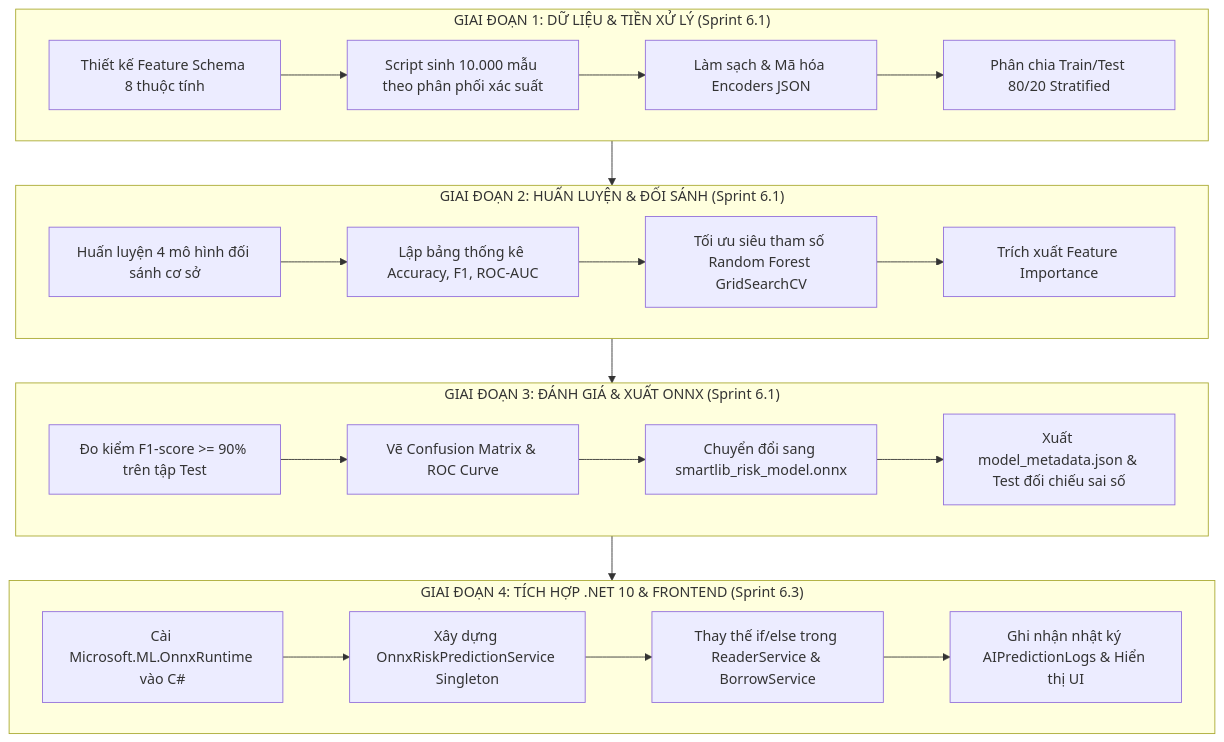
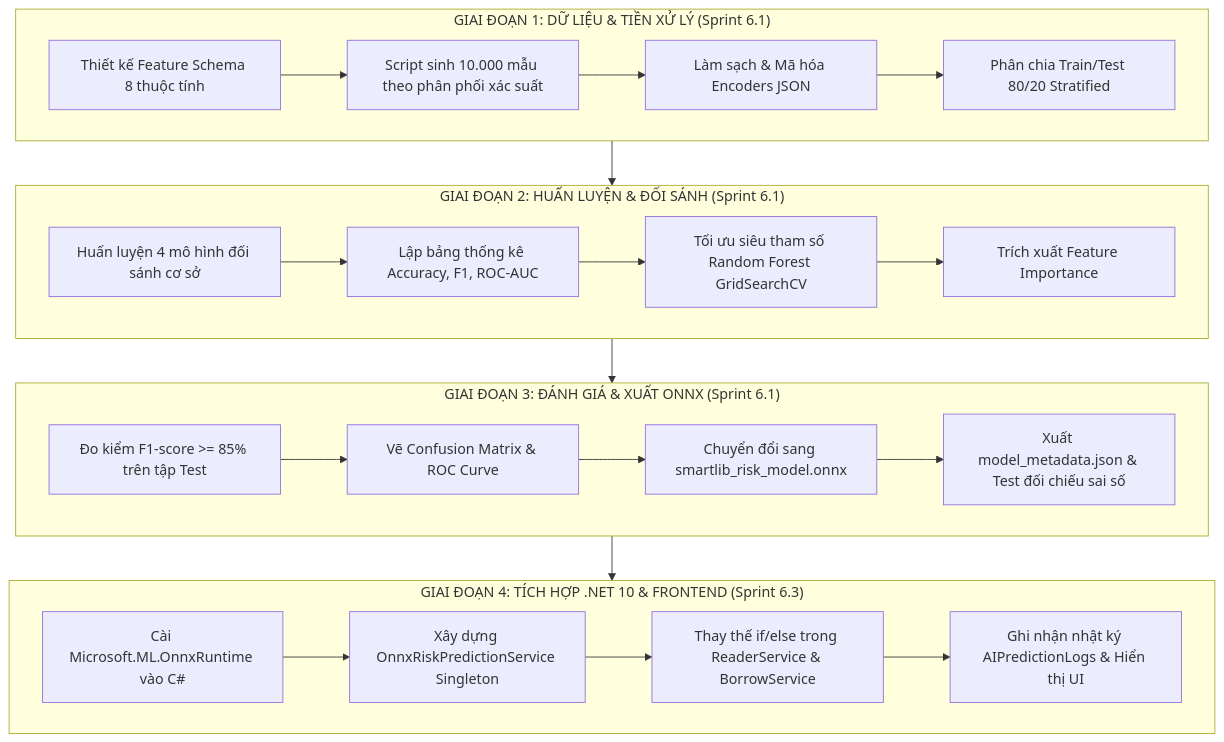
One commit to KhoaSuyThan/LV23-088-Library-Revenue-AI changed the diagram in docs/AI_DEVELOPMENT_PLAN.md. Above: the diagram before and after it, drawn with Mermaid. The commit also changed other lines of this file and 8 other files, not shown here.

Commit message:
L0LRA-87 Kiểm thử đánh giá toàn diện mô hình Random Forest và tối ưu ngưỡng xác suất F1-score

````diff
--- a/docs/AI_DEVELOPMENT_PLAN.md
+++ b/docs/AI_DEVELOPMENT_PLAN.md
@@ -61,28 +61,28 @@
 ```mermaid
 flowchart TD
     subgraph GD1["GIAI ĐOẠN 1: DỮ LIỆU & TIỀN XỬ LÝ (Sprint 6.1)"]
         A1[Thiết kế Feature Schema 8 thuộc tính] --> A2[Script sinh 10.000 mẫu theo phân phối xác suất]
         A2 --> A3[Làm sạch & Mã hóa Encoders JSON]
         A3 --> A4[Phân chia Train/Test 80/20 Stratified]
     end
 
     subgraph GD2["GIAI ĐOẠN 2: HUẤN LUYỆN & ĐỐI SÁNH (Sprint 6.1)"]
         B1[Huấn luyện 4 mô hình đối sánh cơ sở] --> B2[Lập bảng thống kê Accuracy, F1, ROC-AUC]
         B2 --> B3[Tối ưu siêu tham số Random Forest GridSearchCV]
         B3 --> B4[Trích xuất Feature Importance]
     end
 
     subgraph GD3["GIAI ĐOẠN 3: ĐÁNH GIÁ & XUẤT ONNX (Sprint 6.1)"]
-        C1[Đo kiểm F1-score >= 90% trên tập Test] --> C2[Vẽ Confusion Matrix & ROC Curve]
+        C1[Đo kiểm F1-score >= 85% trên tập Test] --> C2[Vẽ Confusion Matrix & ROC Curve]
         C2 --> C3[Chuyển đổi sang smartlib_risk_model.onnx]
         C3 --> C4[Xuất model_metadata.json & Test đối chiếu sai số]
     end
 
     subgraph GD4["GIAI ĐOẠN 4: TÍCH HỢP .NET 10 & FRONTEND (Sprint 6.3)"]
         D1[Cài Microsoft.ML.OnnxRuntime vào C#] --> D2[Xây dựng OnnxRiskPredictionService Singleton]
         D2 --> D3[Thay thế if/else trong ReaderService & BorrowService]
         D3 --> D4[Ghi nhận nhật ký AIPredictionLogs & Hiển thị UI]
     end
 
     GD1 --> GD2 --> GD3 --> GD4
 ```
````
